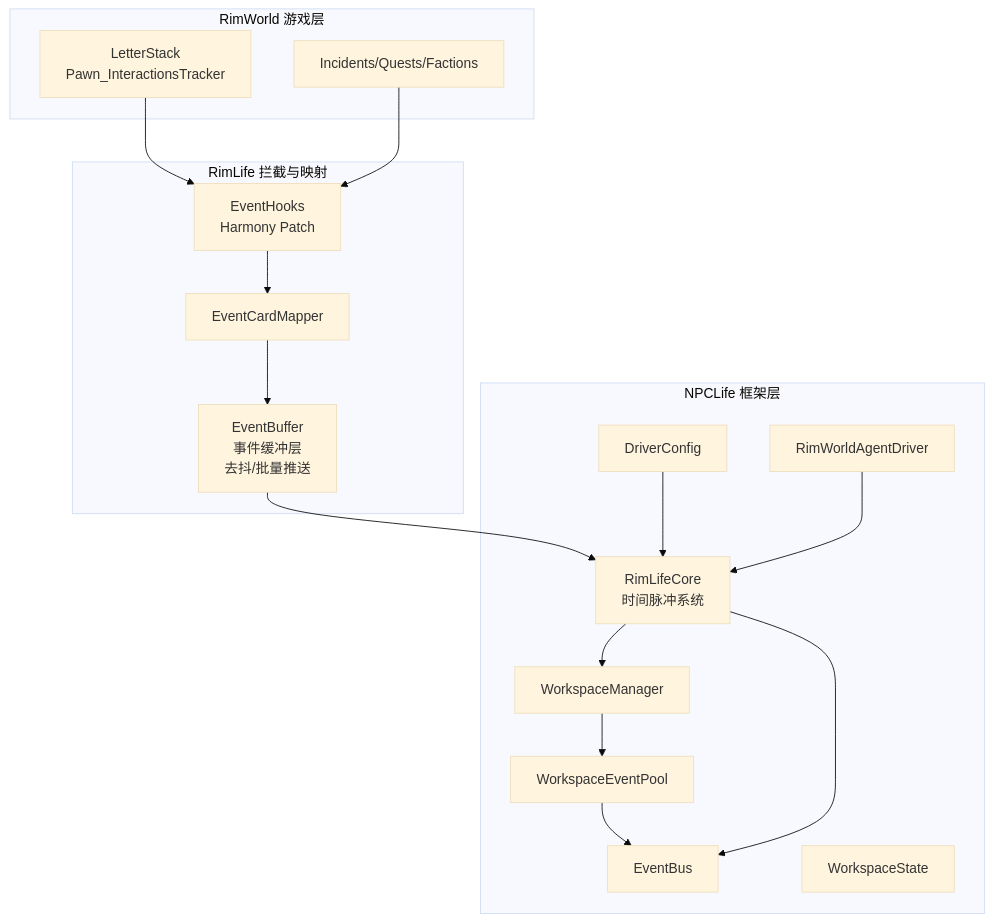
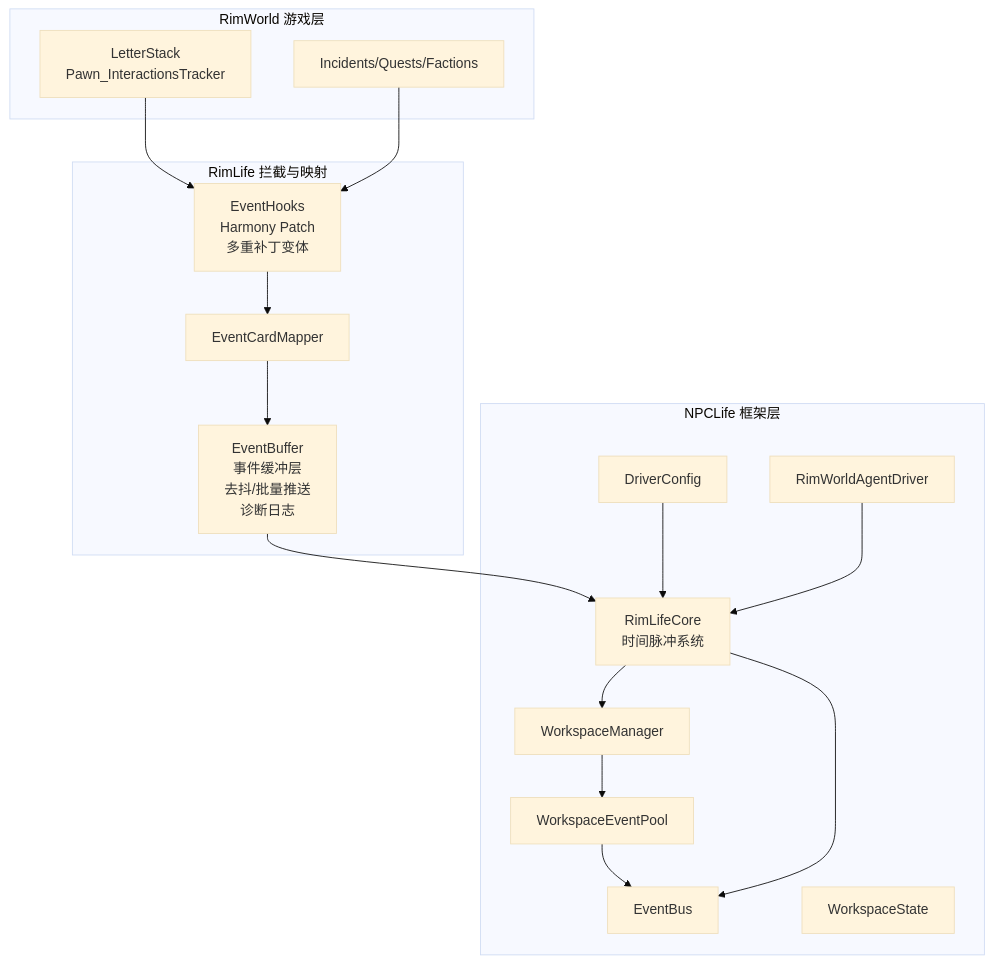
One commit to suzvka/RimLife changed the first of 10 diagrams in .qoder/repowiki/zh/content/核心架构设计/事件系统集成.md. Above: the diagram before and after it, drawn with Mermaid (base theme). The commit also changed other lines of this file and 19 other files, not shown here.

````diff
--- a/.qoder/repowiki/zh/content/核心架构设计/事件系统集成.md
+++ b/.qoder/repowiki/zh/content/核心架构设计/事件系统集成.md
@@ -54,32 +54,32 @@
 ```mermaid
 graph TB
 subgraph "RimWorld 游戏层"
 LW["LetterStack<br/>Pawn_InteractionsTracker"]
 IR["Incidents/Quests/Factions"]
 end
 subgraph "RimLife 拦截与映射"
-EH["EventHooks<br/>Harmony Patch"]
+EH["EventHooks<br/>Harmony Patch<br/>多重补丁变体"]
 ECM["EventCardMapper"]
-EBuf["EventBuffer<br/>事件缓冲层<br/>去抖/批量推送"]
+EBuf["EventBuffer<br/>事件缓冲层<br/>去抖/批量推送<br/>诊断日志"]
 end
 subgraph "NPCLife 框架层"
 EB["EventBus"]
 WSM["WorkspaceManager"]
 WSP["WorkspaceState"]
 WEP["WorkspaceEventPool"]
 DC["DriverConfig"]
 RC["RimLifeCore<br/>时间脉冲系统"]
 RD["RimWorldAgentDriver"]
 end
 LW --> EH
 IR --> EH
 EH --> ECM
 ECM --> EBuf
 EBuf --> RC
 RC --> WSM
 WSM --> WEP
 WEP --> EB
 DC --> RC
 RC --> EB
 RD --> RC
 ```
````
